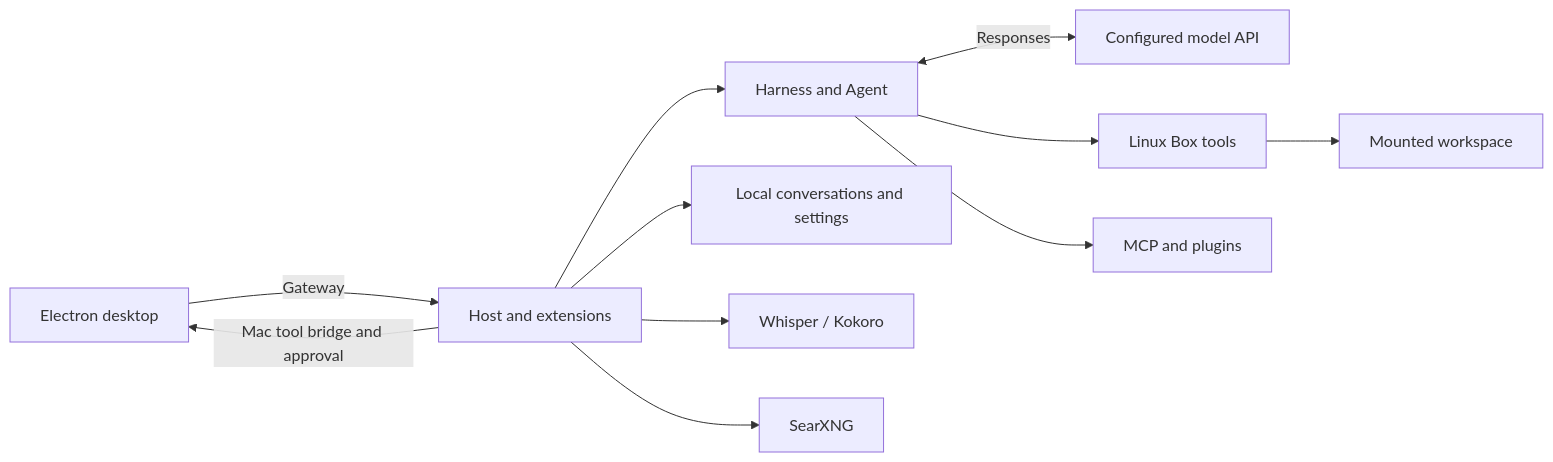
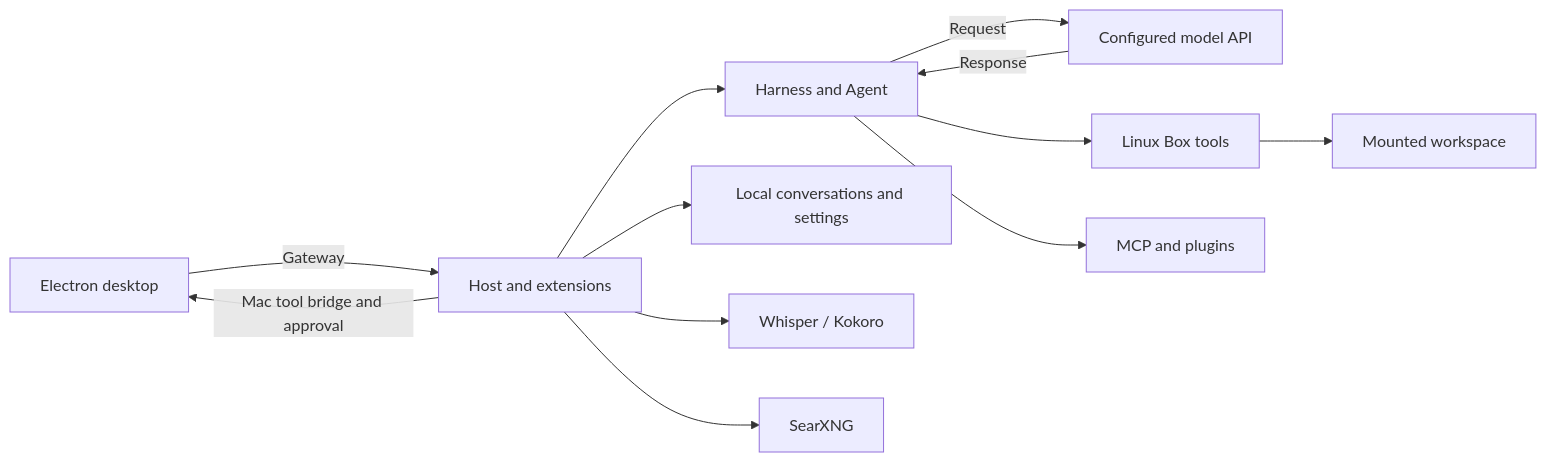
The diagram in docs/wiki/Architecture.md (river-li/brok-pot-harness), drawn with Mermaid before and after one commit. The commit also changed 19 other files, not shown here.

````diff
--- a/docs/wiki/Architecture.md
+++ b/docs/wiki/Architecture.md
@@ -8,13 +8,14 @@
 ```mermaid
 flowchart LR
-  Desktop[Electron desktop] -->|Gateway| Host[Host and extensions]
-  Host --> Harness[Harness and Agent]
-  Harness <-->|Responses| Model[Configured model API]
-  Harness --> Box[Linux Box tools]
-  Harness --> MCP[MCP and plugins]
-  Box --> Workspace[Mounted workspace]
-  Host --> Store[Local conversations and settings]
-  Host --> Speech[Whisper / Kokoro]
-  Host --> Search[SearXNG]
+  Desktop["Electron desktop"] -->|Gateway| Host["Host and extensions"]
+  Host --> Harness["Harness and Agent"]
+  Harness -->|Request| Model["Configured model API"]
+  Model -->|Response| Harness
+  Harness --> Box["Linux Box tools"]
+  Harness --> MCP["MCP and plugins"]
+  Box --> Workspace["Mounted workspace"]
+  Host --> Store["Local conversations and settings"]
+  Host --> Speech["Whisper / Kokoro"]
+  Host --> Search["SearXNG"]
   Host -->|Mac tool bridge and approval| Desktop
 ```
````
